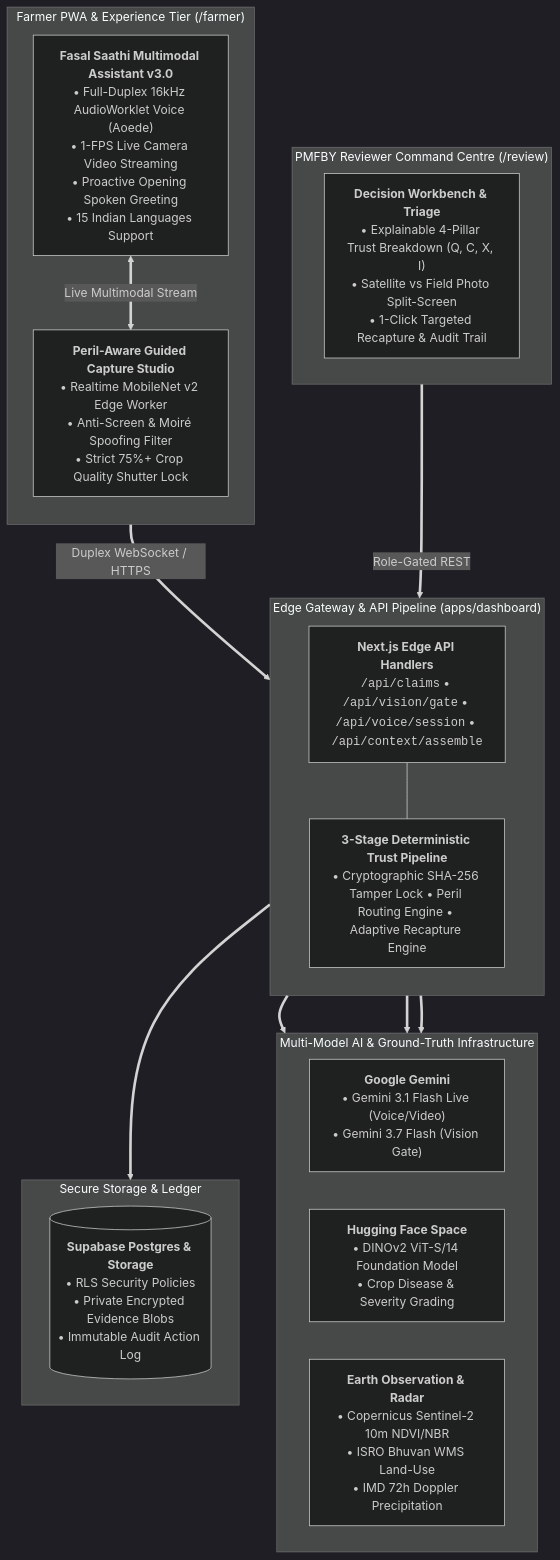
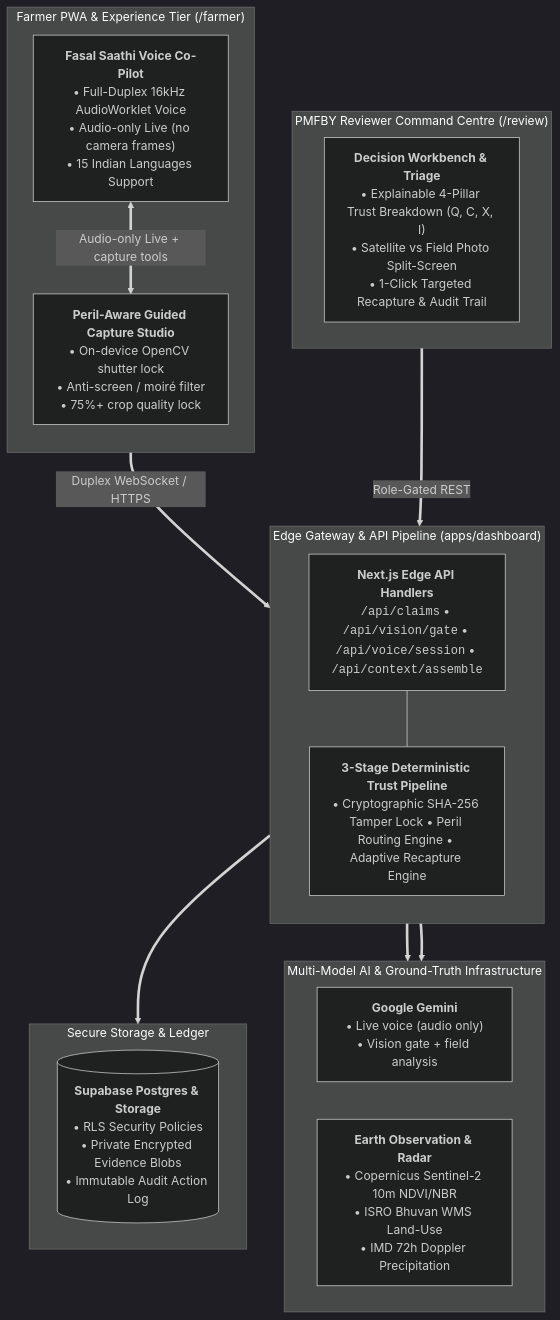
The diagram in README.md (dhrrishitvdeka/Fasal-Pramaan), drawn with Mermaid (dark theme) before and after one commit. The commit also changed other lines of this file and 62 other files, not shown here.

First line of the commit message:
release: v2.7.0 Gemini vision, OpenCV shutter, audio-only Live

````diff
--- a/README.md
+++ b/README.md
@@ -35,44 +35,42 @@
 ```mermaid
 flowchart TB
   %% Client / Browser Tier
   subgraph T_CLIENT["Farmer PWA & Experience Tier (/farmer)"]
     direction TB
-    F_SAATHI["<b>Fasal Saathi Multimodal Assistant v3.0</b><br/>• Full-Duplex 16kHz AudioWorklet Voice (Aoede)<br/>• 1-FPS Live Camera Video Streaming<br/>• Proactive Opening Spoken Greeting<br/>• 15 Indian Languages Support"]
-    F_CAPTURE["<b>Peril-Aware Guided Capture Studio</b><br/>• Realtime MobileNet v2 Edge Worker<br/>• Anti-Screen & Moiré Spoofing Filter<br/>• Strict 75%+ Crop Quality Shutter Lock"]
-    F_SAATHI <== "Live Multimodal Stream" ==> F_CAPTURE
+    F_SAATHI["<b>Fasal Saathi Voice Co-Pilot</b><br/>• Full-Duplex 16kHz AudioWorklet Voice<br/>• Audio-only Live (no camera frames)<br/>• 15 Indian Languages Support"]
+    F_CAPTURE["<b>Peril-Aware Guided Capture Studio</b><br/>• On-device OpenCV shutter lock<br/>• Anti-screen / moiré filter<br/>• 75%+ crop quality lock"]
+    F_SAATHI <== "Audio-only Live + capture tools" ==> F_CAPTURE
   end
 
   %% Gateway & Routing Tier
   subgraph T_GATEWAY["Edge Gateway & API Pipeline (apps/dashboard)"]
     direction TB
     API_ROUTES["<b>Next.js Edge API Handlers</b><br/><code>/api/claims</code> • <code>/api/vision/gate</code> • <code>/api/voice/session</code> • <code>/api/context/assemble</code>"]
     CORE_PIPELINE["<b>3-Stage Deterministic Trust Pipeline</b><br/>• Cryptographic SHA-256 Tamper Lock • Peril Routing Engine • Adaptive Recapture Engine"]
     API_ROUTES --- CORE_PIPELINE
   end
 
   %% Multi-Model AI & External Signals Tier
   subgraph T_SERVICES["Multi-Model AI & Ground-Truth Infrastructure"]
     direction LR
-    S_GEMINI["<b>Google Gemini</b><br/>• Gemini 3.1 Flash Live (Voice/Video)<br/>• Gemini 3.7 Flash (Vision Gate)"]
-    S_HF["<b>Hugging Face Space</b><br/>• DINOv2 ViT-S/14 Foundation Model<br/>• Crop Disease & Severity Grading"]
+    S_GEMINI["<b>Google Gemini</b><br/>• Live voice (audio only)<br/>• Vision gate + field analysis"]
     S_SIGNALS["<b>Earth Observation & Radar</b><br/>• Copernicus Sentinel-2 10m NDVI/NBR<br/>• ISRO Bhuvan WMS Land-Use<br/>• IMD 72h Doppler Precipitation"]
   end
 
   %% Reviewer Tier
   subgraph T_REVIEWER["PMFBY Reviewer Command Centre (/review)"]
     R_QUEUE["<b>Decision Workbench & Triage</b><br/>• Explainable 4-Pillar Trust Breakdown (Q, C, X, I)<br/>• Satellite vs Field Photo Split-Screen<br/>• 1-Click Targeted Recapture & Audit Trail"]
   end
 
   %% Persistence
   subgraph T_STORAGE["Secure Storage & Ledger"]
     S_SUPABASE[("<b>Supabase Postgres & Storage</b><br/>• RLS Security Policies<br/>• Private Encrypted Evidence Blobs<br/>• Immutable Audit Action Log")]
   end
 
   %% Flow Connections
   T_CLIENT ==>|"Duplex WebSocket / HTTPS"| API_ROUTES
   T_REVIEWER ==>|"Role-Gated REST"| API_ROUTES
   CORE_PIPELINE ==> S_GEMINI
-  CORE_PIPELINE ==> S_HF
   CORE_PIPELINE ==> S_SIGNALS
   API_ROUTES ==> T_STORAGE
 ```
````
